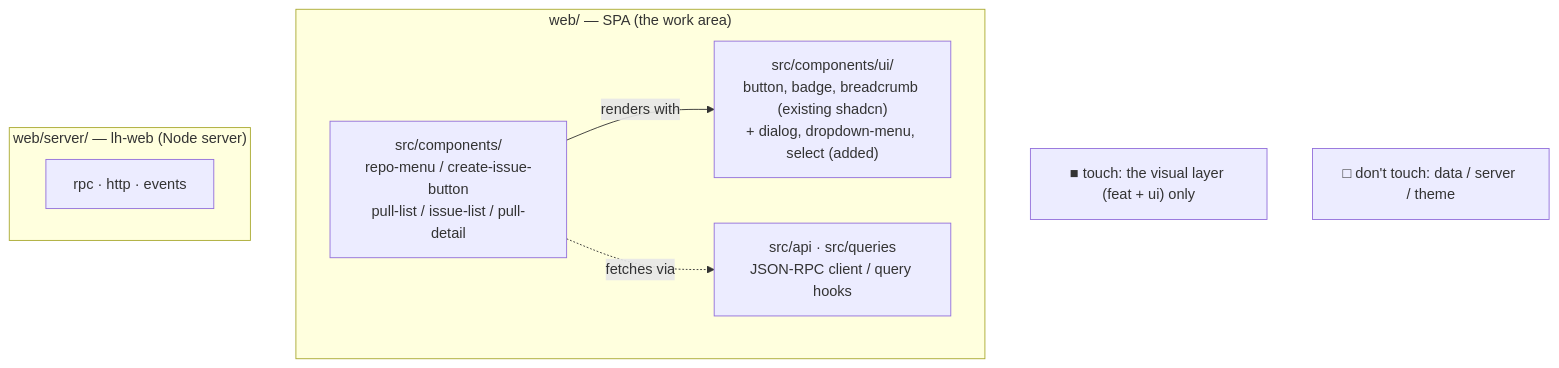
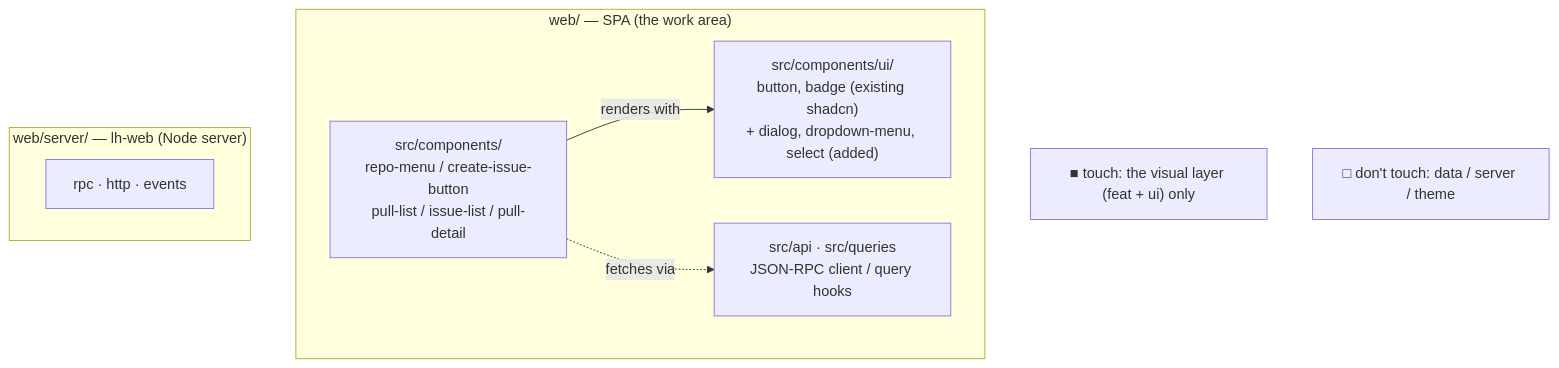
The first of 4 diagrams in docs/shadcn-migration.md (jugyo/loophub), drawn with Mermaid before and after one commit. The commit also changed other lines of this file and 12 other files, not shown here.

````diff
--- a/docs/shadcn-migration.md
+++ b/docs/shadcn-migration.md
@@ -22,15 +22,15 @@
 ```mermaid
 flowchart TB
   subgraph web["web/ — SPA (the work area)"]
     feat["src/components/<br/>repo-menu / create-issue-button<br/>pull-list / issue-list / pull-detail"]
-    ui["src/components/ui/<br/>button, badge, breadcrumb (existing shadcn)<br/>+ dialog, dropdown-menu, select (added)"]
+    ui["src/components/ui/<br/>button, badge (existing shadcn)<br/>+ dialog, dropdown-menu, select (added)"]
     data["src/api · src/queries<br/>JSON-RPC client / query hooks"]
     feat -->|renders with| ui
     feat -.->|fetches via| data
   end
   subgraph server["web/server/ — lh-web (Node server)"]
     s["rpc · http · events"]
   end
   touch["■ touch: the visual layer (feat + ui) only"]
   keep["□ don't touch: data / server / theme"]
 ```
````
